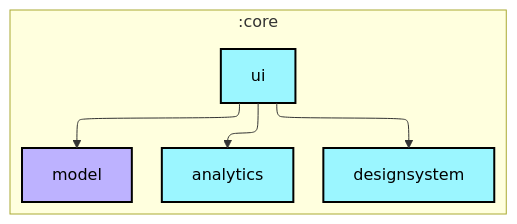
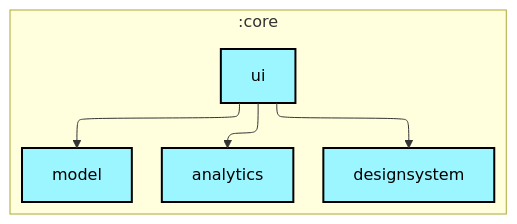
Before and after one commit to lihenggui/nowinkmp: the first of 2 diagrams in core/ui/README.md, drawn with Mermaid. The commit also changed other lines of this file and 29 other files, not shown here.

First line of the commit message:
Fix graphUpdate configuration cache compatibility

````diff
--- a/core/ui/README.md
+++ b/core/ui/README.md
@@ -6,27 +6,27 @@
 ```mermaid
 ---
 config:
   layout: elk
   elk:
     nodePlacementStrategy: SIMPLE
 ---
 graph TB
   subgraph :core
     direction TB
-    :core:analytics[analytics]:::android-library
-    :core:designsystem[designsystem]:::android-library
-    :core:model[model]:::jvm-library
-    :core:ui[ui]:::android-library
+    :core:analytics[analytics]:::kmp-library
+    :core:designsystem[designsystem]:::kmp-library
+    :core:model[model]:::kmp-library
+    :core:ui[ui]:::kmp-library
   end
 
   :core:ui --> :core:analytics
   :core:ui --> :core:designsystem
   :core:ui --> :core:model
 
-classDef android-application fill:#CAFFBF,stroke:#000,stroke-width:2px,color:#000;
-classDef android-feature fill:#FFD6A5,stroke:#000,stroke-width:2px,color:#000;
-classDef android-library fill:#9BF6FF,stroke:#000,stroke-width:2px,color:#000;
+classDef cmp-application fill:#CAFFBF,stroke:#000,stroke-width:2px,color:#000;
+classDef cmp-feature fill:#FFD6A5,stroke:#000,stroke-width:2px,color:#000;
+classDef kmp-library fill:#9BF6FF,stroke:#000,stroke-width:2px,color:#000;
+classDef jvm-library fill:#BDB2FF,stroke:#000,stroke-width:2px,color:#000;
 classDef android-test fill:#A0C4FF,stroke:#000,stroke-width:2px,color:#000;
-classDef jvm-library fill:#BDB2FF,stroke:#000,stroke-width:2px,color:#000;
 classDef unknown fill:#FFADAD,stroke:#000,stroke-width:2px,color:#000;
 ```
````
